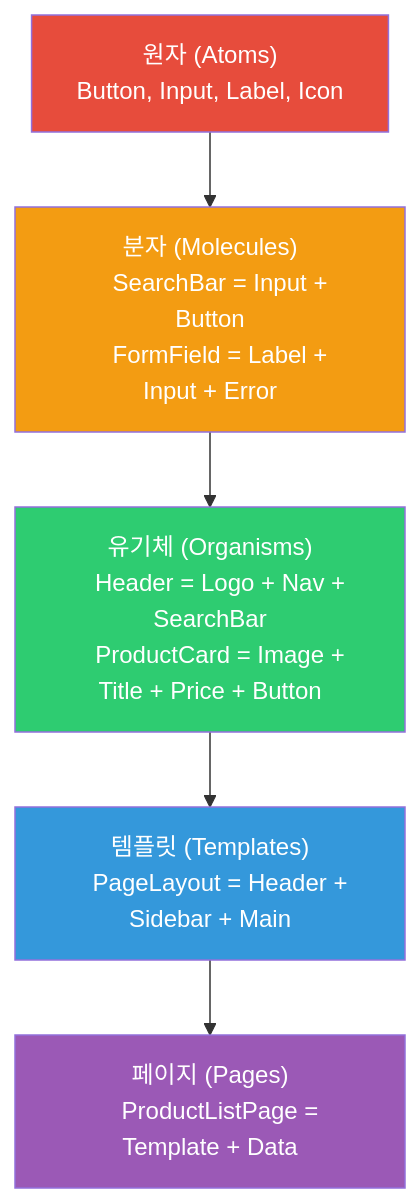
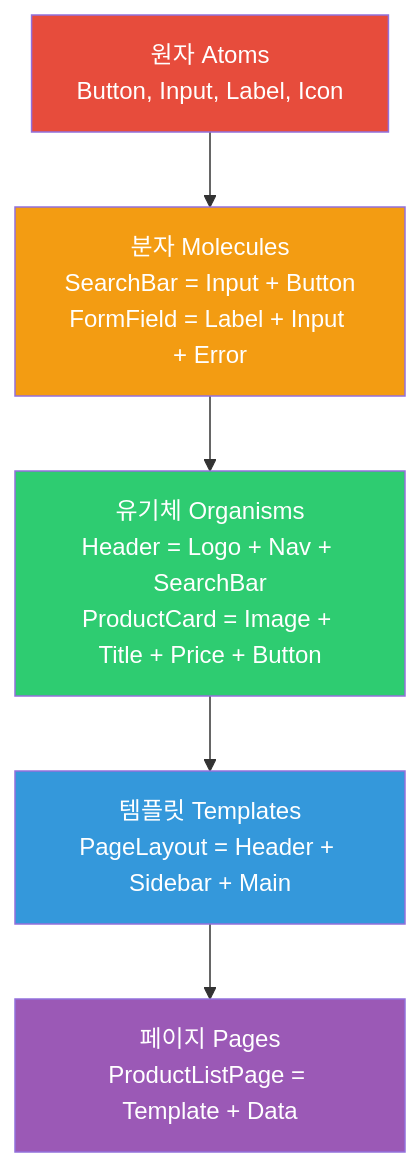
The first of 7 diagrams in _posts/frontend/2026-05-02-frontend-architecture.md (yjkim2015/yjkim2015.github.io), drawn with Mermaid before and after one commit. The commit also changed other lines of this file and 122 other files, not shown here.

````diff
--- a/_posts/frontend/2026-05-02-frontend-architecture.md
+++ b/_posts/frontend/2026-05-02-frontend-architecture.md
@@ -22,26 +26,19 @@
 ```mermaid
 graph TD
-    ATOMS["원자 (Atoms)
-    Button, Input, Label, Icon"]
-    MOLECULES["분자 (Molecules)
-    SearchBar = Input + Button
-    FormField = Label + Input + Error"]
-    ORGANISMS["유기체 (Organisms)
-    Header = Logo + Nav + SearchBar
-    ProductCard = Image + Title + Price + Button"]
-    TEMPLATES["템플릿 (Templates)
-    PageLayout = Header + Sidebar + Main"]
-    PAGES["페이지 (Pages)
-    ProductListPage = Template + Data"]
+    ATOMS["원자 Atoms<br>Button, Input, Label, Icon"]
+    MOLECULES["분자 Molecules<br>SearchBar = Input + Button<br>FormField = Label + Input + Error"]
+    ORGANISMS["유기체 Organisms<br>Header = Logo + Nav + SearchBar<br>ProductCard = Image + Title + Price + Button"]
+    TEMPLATES["템플릿 Templates<br>PageLayout = Header + Sidebar + Main"]
+    PAGES["페이지 Pages<br>ProductListPage = Template + Data"]
 
     ATOMS --> MOLECULES
     MOLECULES --> ORGANISMS
     ORGANISMS --> TEMPLATES
     TEMPLATES --> PAGES
 
     style ATOMS fill:#e74c3c,color:#fff
     style MOLECULES fill:#f39c12,color:#fff
     style ORGANISMS fill:#2ecc71,color:#fff
     style TEMPLATES fill:#3498db,color:#fff
     style PAGES fill:#9b59b6,color:#fff
 ```
````
